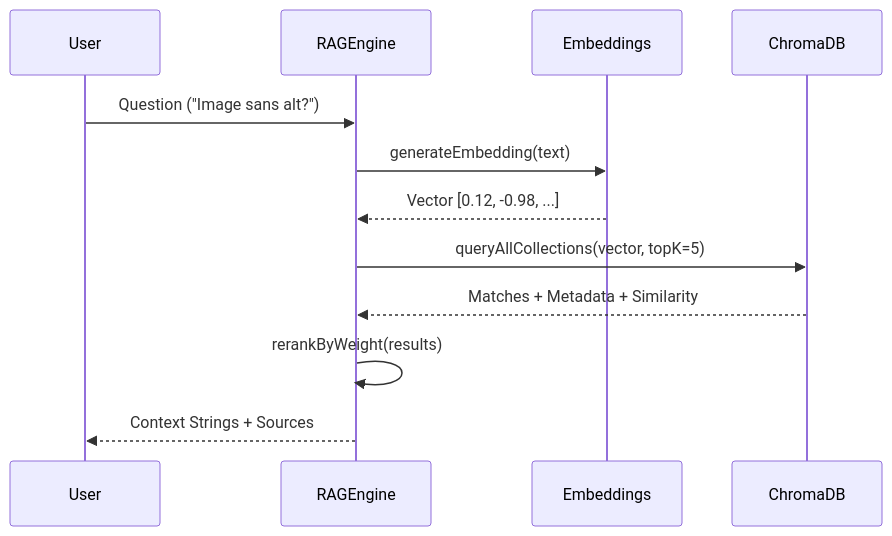
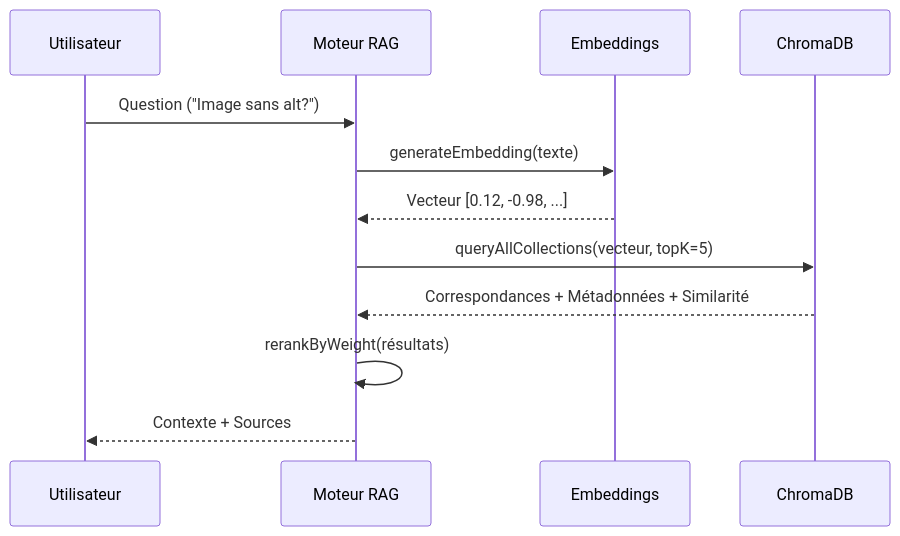
The diagram in docs/technical_sheets/02_rag_engine.md (kchami77/rgaa-extractor), drawn with Mermaid before and after one commit. The commit also changed other lines of this file and 4 other files, not shown here.

````diff
--- a/docs/technical_sheets/02_rag_engine.md
+++ b/docs/technical_sheets/02_rag_engine.md
@@ -24,15 +24,15 @@
 ```mermaid
 sequenceDiagram
-    participant User
-    participant RAG as RAGEngine
+    participant User as Utilisateur
+    participant RAG as Moteur RAG
     participant Embed as Embeddings
     participant DB as ChromaDB
     
     User->>RAG: Question ("Image sans alt?")
-    RAG->>Embed: generateEmbedding(text)
-    Embed-->>RAG: Vector [0.12, -0.98, ...]
-    RAG->>DB: queryAllCollections(vector, topK=5)
-    DB-->>RAG: Matches + Metadata + Similarity
-    RAG->>RAG: rerankByWeight(results)
-    RAG-->>User: Context Strings + Sources
+    RAG->>Embed: generateEmbedding(texte)
+    Embed-->>RAG: Vecteur [0.12, -0.98, ...]
+    RAG->>DB: queryAllCollections(vecteur, topK=5)
+    DB-->>RAG: Correspondances + Métadonnées + Similarité
+    RAG->>RAG: rerankByWeight(résultats)
+    RAG-->>User: Contexte + Sources
 ```
````
